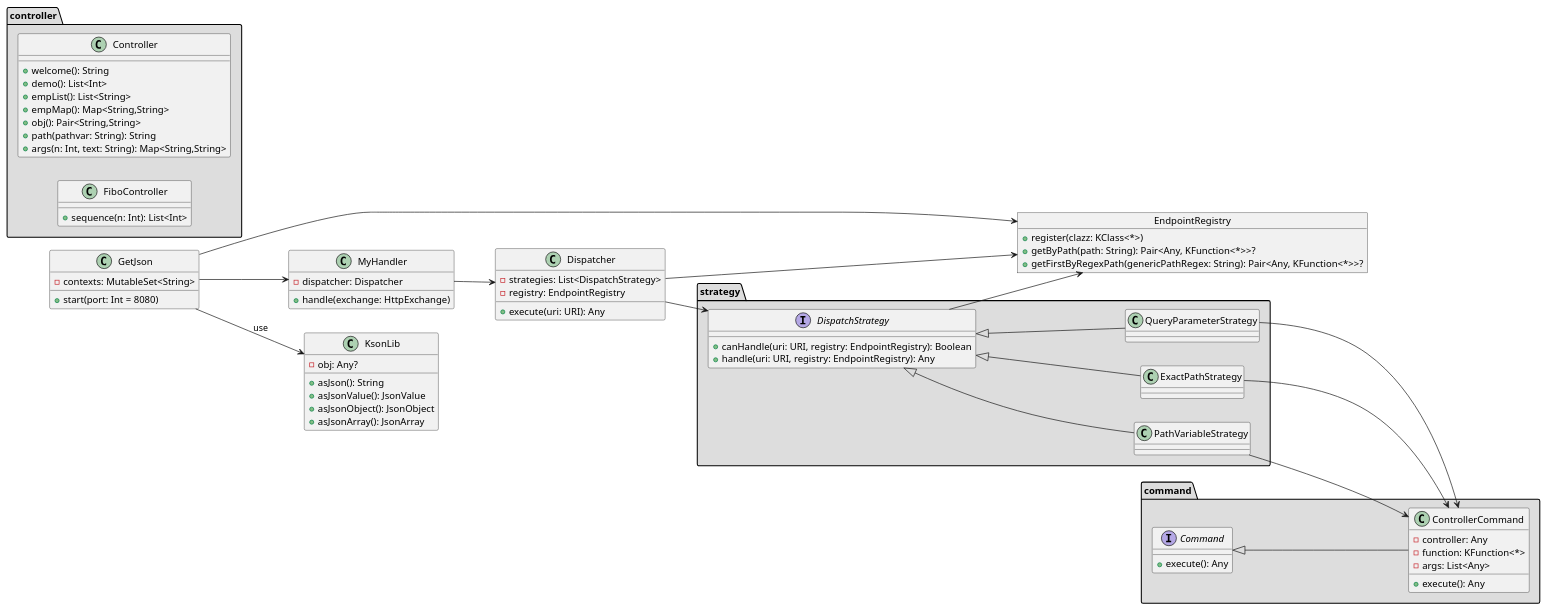
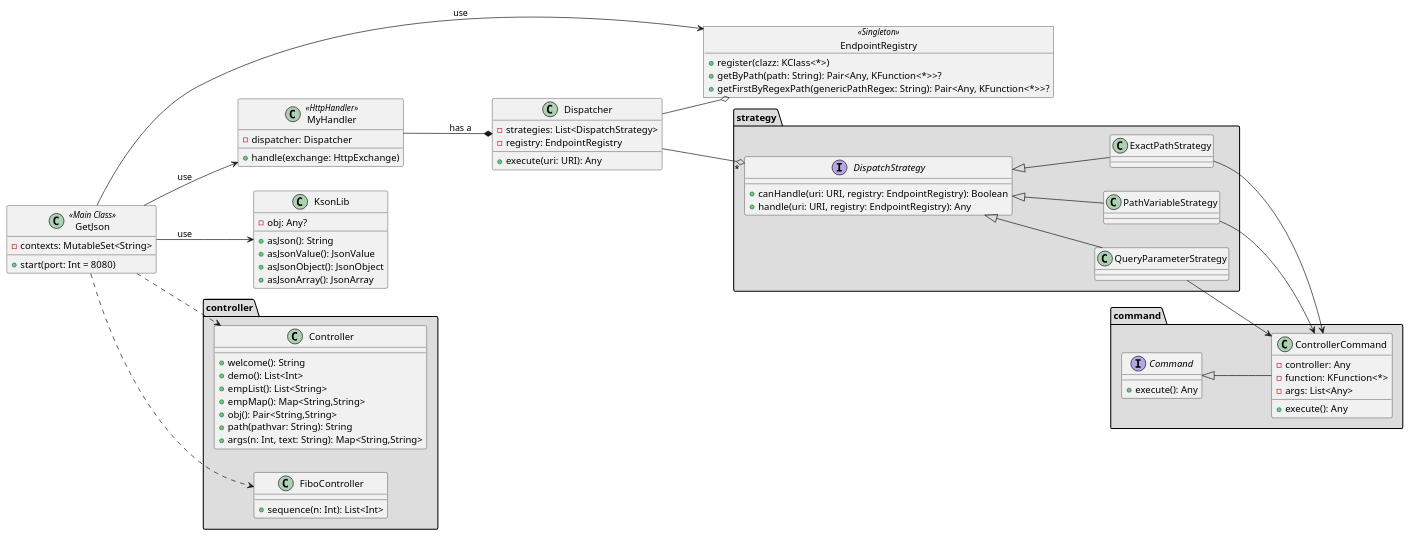
The diagram in src/main/kotlin/class_diagram.puml (marcosduchinski/getjson), drawn with PlantUML before and after one commit.

Commit message:
update class diagram

```diff
--- a/src/main/kotlin/class_diagram.puml
+++ b/src/main/kotlin/class_diagram.puml
@@ -1,97 +1,105 @@
 @startuml
+
+
+' ============================================================
+'      https://plantuml.com/class-diagram
+' ============================================================
+
+
 left to right direction
 
 ' ==== PACKAGES ====
 package "controller" #DDDDDD {
   class Controller {
     +welcome(): String
     +demo(): List<Int>
     +empList(): List<String>
     +empMap(): Map<String,String>
     +obj(): Pair<String,String>
     +path(pathvar: String): String
     +args(n: Int, text: String): Map<String,String>
   }
 
   class FiboController {
     +sequence(n: Int): List<Int>
   }
 }
 
 package "command" #DDDDDD {
   interface Command {
     +execute(): Any
   }
 
   class ControllerCommand {
     -controller: Any
     -function: KFunction<*>
     -args: List<Any>
     +execute(): Any
   }
 
   Command <|-- ControllerCommand
 }
 
 package "strategy" #DDDDDD {
   interface DispatchStrategy {
     +canHandle(uri: URI, registry: EndpointRegistry): Boolean
     +handle(uri: URI, registry: EndpointRegistry): Any
   }
 
   class ExactPathStrategy
   class PathVariableStrategy
   class QueryParameterStrategy
 
   DispatchStrategy <|-- ExactPathStrategy
   DispatchStrategy <|-- PathVariableStrategy
   DispatchStrategy <|-- QueryParameterStrategy
 }
 
   class Dispatcher {
     -strategies: List<DispatchStrategy>
     -registry: EndpointRegistry
     +execute(uri: URI): Any
   }
 
-  object EndpointRegistry {
+  object EndpointRegistry <<Singleton>> {
     +register(clazz: KClass<*>)
     +getByPath(path: String): Pair<Any, KFunction<*>>?
     +getFirstByRegexPath(genericPathRegex: String): Pair<Any, KFunction<*>>?
   }
 
-  class GetJson {
+  class GetJson <<Main Class>> {
     -contexts: MutableSet<String>
     +start(port: Int = 8080)
   }
 
-  class MyHandler {
+  class MyHandler <<HttpHandler>> {
     -dispatcher: Dispatcher
     +handle(exchange: HttpExchange)
   }
 
   class KsonLib {
     -obj: Any?
     +asJson(): String
     +asJsonValue(): JsonValue
     +asJsonObject(): JsonObject
     +asJsonArray(): JsonArray
   }
 
 
 
 
 ' ==== RELATIONSHIPS ====
-Dispatcher --> DispatchStrategy
-Dispatcher --> EndpointRegistry
-DispatchStrategy --> EndpointRegistry
+GetJson --> MyHandler : use
+GetJson --> KsonLib : use
+GetJson --> EndpointRegistry : use
+MyHandler --* Dispatcher : has a
+GetJson ..> Controller
+GetJson ..> FiboController
+Dispatcher --o "*" DispatchStrategy
+Dispatcher --o EndpointRegistry
 ExactPathStrategy --> ControllerCommand
 PathVariableStrategy --> ControllerCommand
 QueryParameterStrategy --> ControllerCommand
-GetJson --> EndpointRegistry
-GetJson --> MyHandler
-MyHandler --> Dispatcher
-GetJson --> KsonLib : use
-GetJson.MyHandler --> Dispatcher
+
 
 @enduml
```
